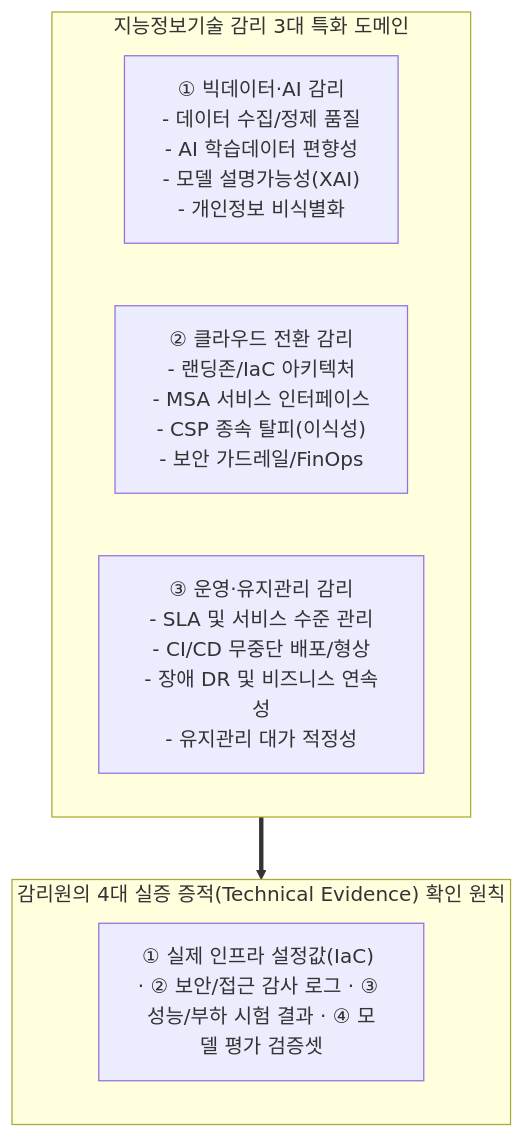
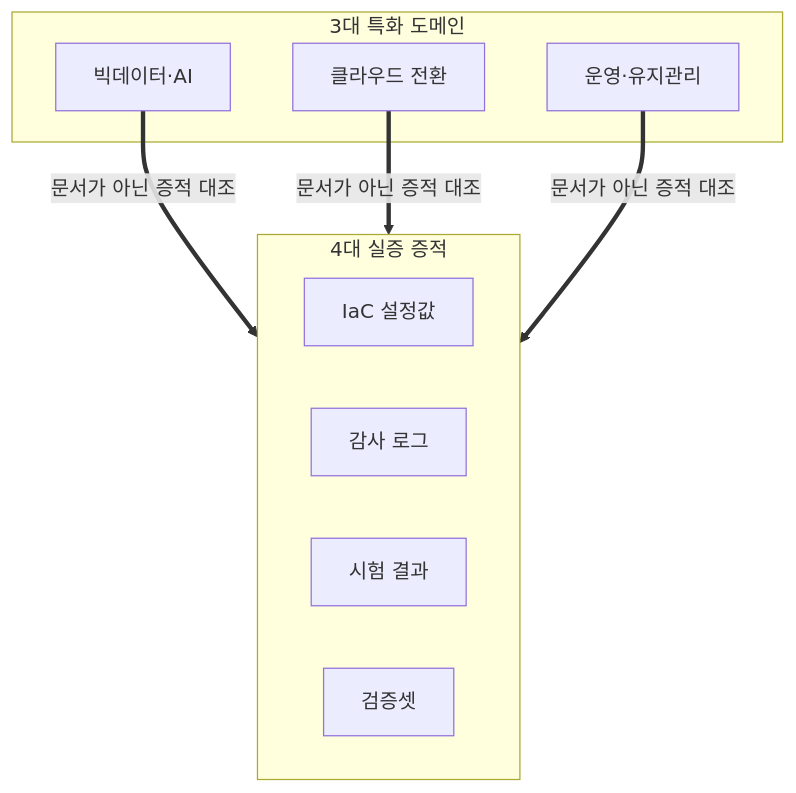
Before and after one commit to agnusdei1207/study: the third of 3 diagrams in src/content/docs/notes/itpe/01-it-strategy/102_intelligent_information_technology_audit_guide.md, drawn with Mermaid. The commit also changed other lines of this file and 18 other files, not shown here.

````diff
--- a/src/content/docs/notes/itpe/01-it-strategy/102_intelligent_information_technology_audit_guide.md
+++ b/src/content/docs/notes/itpe/01-it-strategy/102_intelligent_information_technology_audit_guide.md
@@ -144,12 +137,15 @@
 ```mermaid
 flowchart TD
-    subgraph DOMAINS["지능정보기술 감리 3대 특화 도메인"]
-        D1["① 빅데이터·AI 감리<br/>- 데이터 수집/정제 품질<br/>- AI 학습데이터 편향성<br/>- 모델 설명가능성(XAI)<br/>- 개인정보 비식별화"]
-        D2["② 클라우드 전환 감리<br/>- 랜딩존/IaC 아키텍처<br/>- MSA 서비스 인터페이스<br/>- CSP 종속 탈피(이식성)<br/>- 보안 가드레일/FinOps"]
-        D3["③ 운영·유지관리 감리<br/>- SLA 및 서비스 수준 관리<br/>- CI/CD 무중단 배포/형상<br/>- 장애 DR 및 비즈니스 연속성<br/>- 유지관리 대가 적정성"]
+    subgraph DOMAINS["3대 특화 도메인"]
+        D1["빅데이터·AI"]
+        D2["클라우드 전환"]
+        D3["운영·유지관리"]
     end
-    subgraph EVIDENCE["감리원의 4대 실증 증적(Technical Evidence) 확인 원칙"]
-        E["① 실제 인프라 설정값(IaC) · ② 보안/접근 감사 로그 · ③ 성능/부하 시험 결과 · ④ 모델 평가 검증셋"]
+    subgraph EVIDENCE["4대 실증 증적"]
+        E1["IaC 설정값"]
+        E2["감사 로그"]
+        E3["시험 결과"]
+        E4["검증셋"]
     end
-    DOMAINS ==> EVIDENCE
+    D1 & D2 & D3 ==>|문서가 아닌 증적 대조| EVIDENCE
 ```
````
